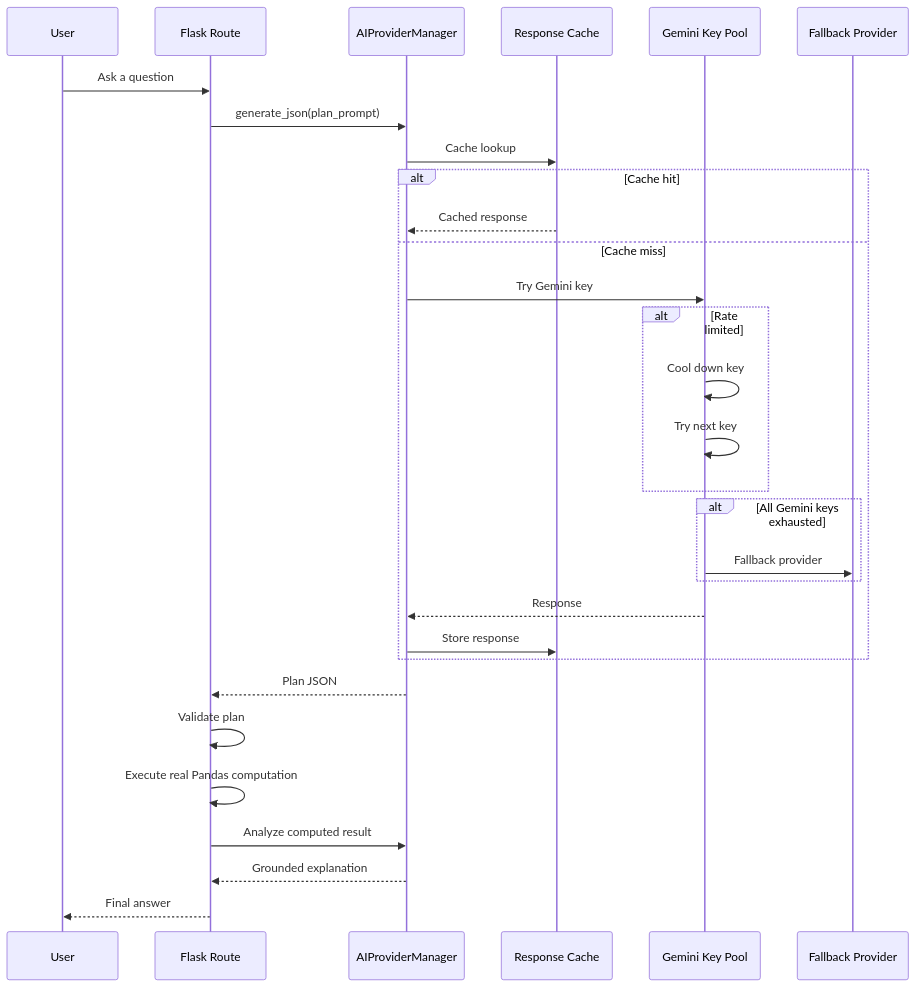
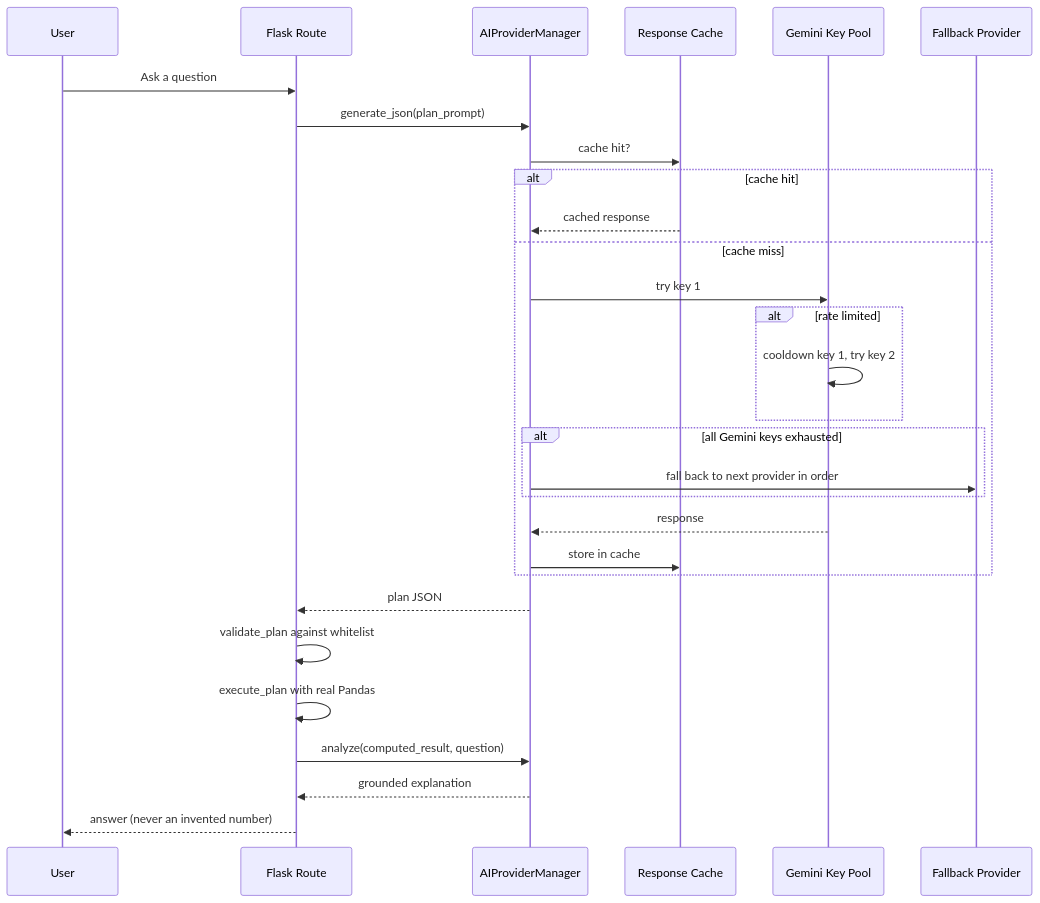
The second of 3 diagrams in README.md (abaid6790/Ai-Business-Analytics), drawn with Mermaid before and after one commit. The commit also changed other lines of this file and 22 other files, not shown here.

````diff
--- a/README.md
+++ b/README.md
@@ -941,43 +120,32 @@
 ```mermaid
 sequenceDiagram
-
     participant U as User
     participant R as Flask Route
     participant M as AIProviderManager
     participant C as Response Cache
     participant G as Gemini Key Pool
     participant F as Fallback Provider
 
     U->>R: Ask a question
     R->>M: generate_json(plan_prompt)
-
-    M->>C: Cache lookup
-
-    alt Cache hit
-        C-->>M: Cached response
-    else Cache miss
-        M->>G: Try Gemini key
-
-        alt Rate limited
-            G->>G: Cool down key
-            G->>G: Try next key
+    M->>C: cache hit?
+    alt cache hit
+        C-->>M: cached response
+    else cache miss
+        M->>G: try key 1
+        alt rate limited
+            G->>G: cooldown key 1, try key 2
         end
-
-        alt All Gemini keys exhausted
-            G->>F: Fallback provider
+        alt all Gemini keys exhausted
+            M->>F: fall back to next provider in order
         end
-
-        G-->>M: Response
-        M->>C: Store response
+        G-->>M: response
+        M->>C: store in cache
     end
-
-    M-->>R: Plan JSON
-
-    R->>R: Validate plan
-    R->>R: Execute real Pandas computation
-
-    R->>M: Analyze computed result
-    M-->>R: Grounded explanation
-
-    R-->>U: Final answer
+    M-->>R: plan JSON
+    R->>R: validate_plan against whitelist
+    R->>R: execute_plan with real Pandas
+    R->>M: analyze(computed_result, question)
+    M-->>R: grounded explanation
+    R-->>U: answer (never an invented number)
 ```
````
